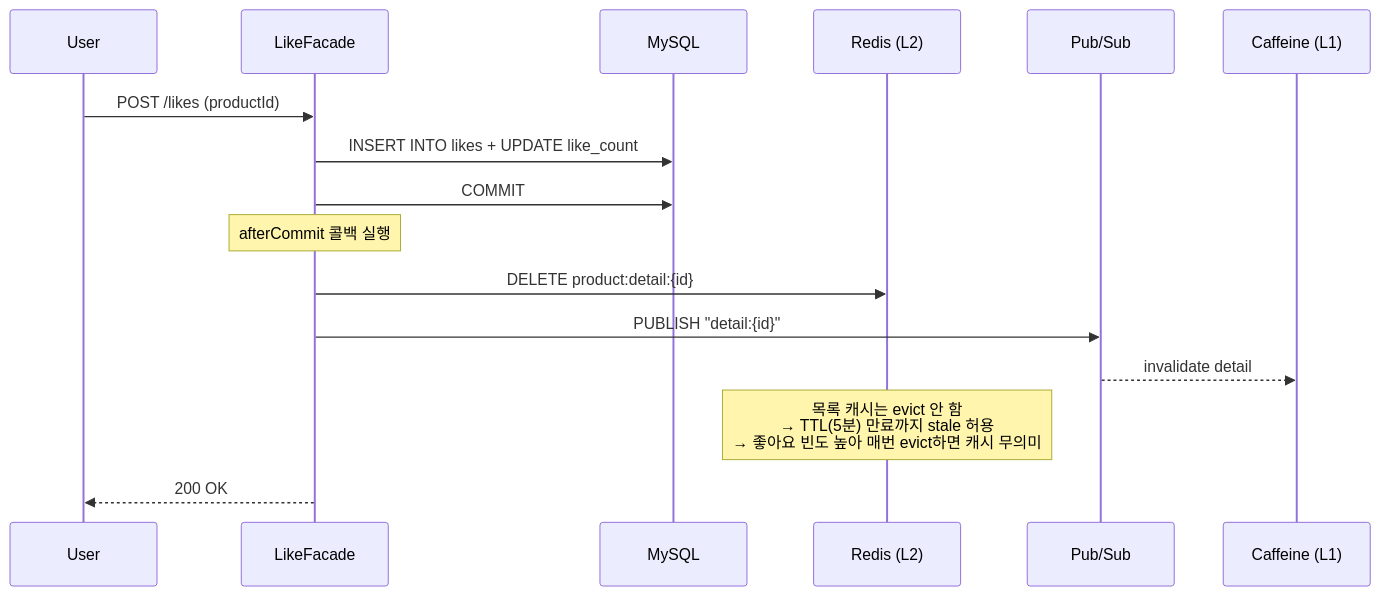
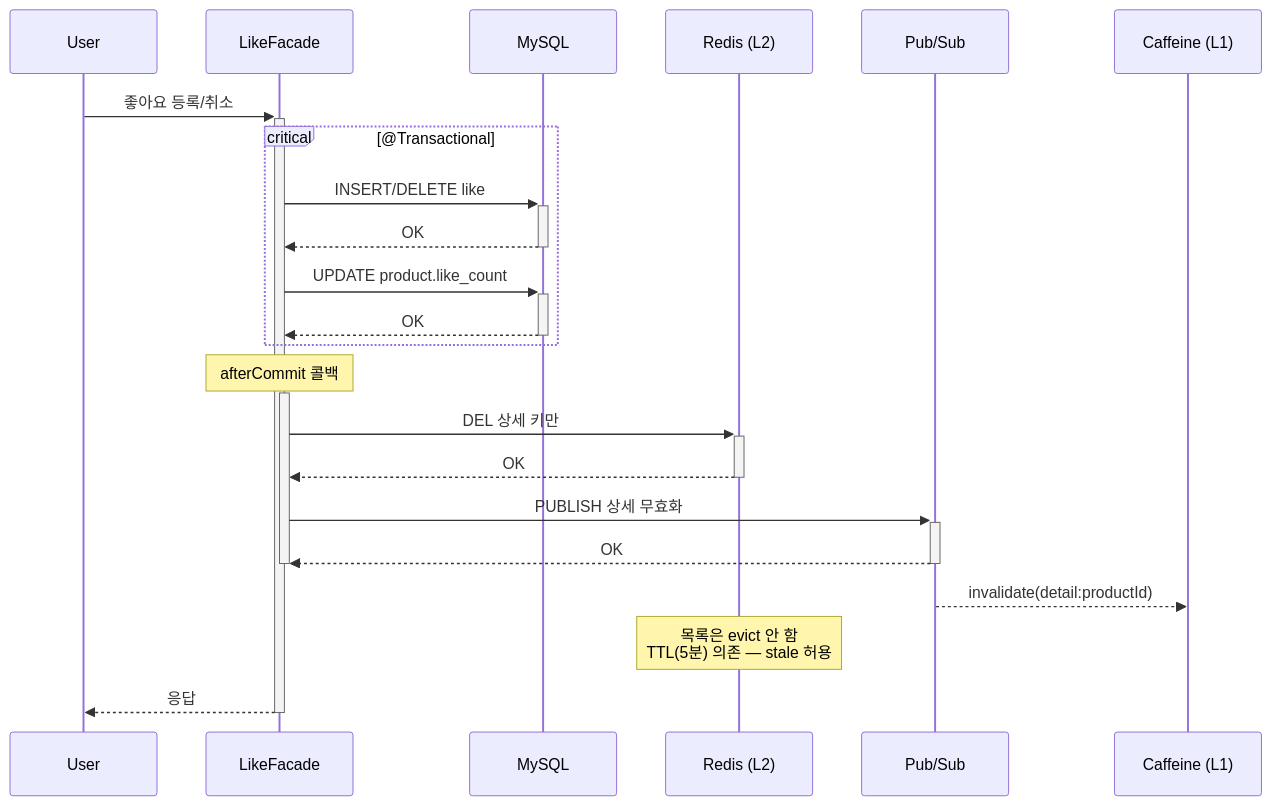
The third of 3 diagrams in docs/performance/product/cache-strategy.md (Loopers-dev-lab/loop-pack-be-l2-vol3-java), drawn with Mermaid before and after one commit. The commit also changed other lines of this file, not shown here.

Commit message:
docs: 캐시 시퀀스 다이어그램 UML 표준 준수 (activation bar, critical, par)

````diff
--- a/docs/performance/product/cache-strategy.md
+++ b/docs/performance/product/cache-strategy.md
@@ -415,23 +387,33 @@
 ```mermaid
 sequenceDiagram
     participant U as User
-    participant LF as LikeFacade
+    participant F as LikeFacade
     participant DB as MySQL
     participant L2 as Redis (L2)
     participant PS as Pub/Sub
     participant L1 as Caffeine (L1)
 
-    U->>LF: POST /likes (productId)
-    LF->>DB: INSERT INTO likes + UPDATE like_count
-    LF->>DB: COMMIT
+    U->>+F: 좋아요 등록/취소
 
-    Note over LF: afterCommit 콜백 실행
+    critical @Transactional
+        F->>+DB: INSERT/DELETE like
+        DB-->>-F: OK
+        F->>+DB: UPDATE product.like_count
+        DB-->>-F: OK
+    end
 
-    LF->>L2: DELETE product:detail:{id}
-    LF->>PS: PUBLISH "detail:{id}"
-    PS-->>L1: invalidate detail
+    Note over F: afterCommit 콜백
 
-    Note over L2: 목록 캐시는 evict 안 함<br/>→ TTL(5분) 만료까지 stale 허용<br/>→ 좋아요 빈도 높아 매번 evict하면 캐시 무의미
+    activate F
+    F->>+L2: DEL 상세 키만
+    L2-->>-F: OK
+    F->>+PS: PUBLISH 상세 무효화
+    PS-->>-F: OK
+    deactivate F
 
-    LF-->>U: 200 OK
+    PS-->>L1: invalidate(detail:productId)
+
+    Note over L2: 목록은 evict 안 함<br/>TTL(5분) 의존 — stale 허용
+
+    F-->>-U: 응답
 ```
````
